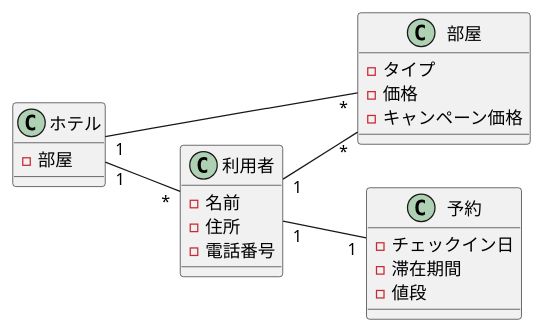
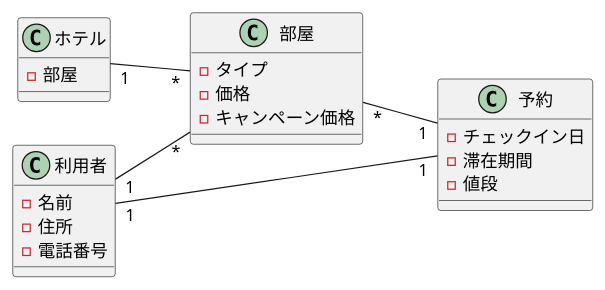
One commit to Kuya0307/unl-introduction changed the diagram in 演習3-3_CL_ホテルと利用者と部屋と予約.pu. Above: the diagram before and after it, drawn with PlantUML. The commit also changed 1 other file, not shown here.

```diff
--- a/演習3-3_CL_ホテルと利用者と部屋と予約.pu
+++ b/演習3-3_CL_ホテルと利用者と部屋と予約.pu
@@ -1,26 +1,26 @@
 @startuml クラス図
 left to right direction
     class "利用者" as user{
         - 名前
         - 住所
         - 電話番号
     }
     class "ホテル" as ho{
         - 部屋
     }
     class "部屋" as room{
         - タイプ
         - 価格
         - キャンペーン価格
     }
     class "予約" as res{
         - チェックイン日
         - 滞在期間
         - 値段
     }
     ho"1" -- "*"room
-    ho"1" -- "*"user
+    ' ho"1" -- "*"user
     user"1" -- "*"room
     user"1" -- "1"res
-
+    room"*" -- "1"res
 @enduml
```
